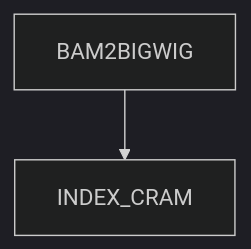
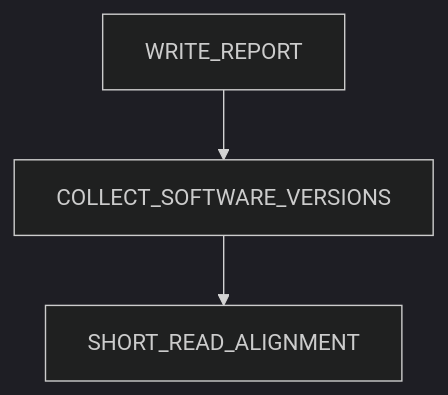
The diagram in docs/source/pipelines/short_read_alignment/workflows/main.md (Ensembl/ensembl-genes-metadata), drawn with Mermaid (dark theme) before and after one commit. The commit also changed other lines of this file and 55 other files, not shown here.

````diff
--- a/docs/source/pipelines/short_read_alignment/workflows/main.md
+++ b/docs/source/pipelines/short_read_alignment/workflows/main.md
@@ -65,7 +66,9 @@
 ```mermaid
 flowchart TD
 
-    BAM2BIGWIG[BAM2BIGWIG]
-    INDEX_CRAM[INDEX_CRAM]
-    BAM2BIGWIG --> INDEX_CRAM
+    WRITE_REPORT[WRITE_REPORT]
+    COLLECT_SOFTWARE_VERSIONS[COLLECT_SOFTWARE_VERSIONS]
+    WRITE_REPORT --> COLLECT_SOFTWARE_VERSIONS
+    SHORT_READ_ALIGNMENT[SHORT_READ_ALIGNMENT]
+    COLLECT_SOFTWARE_VERSIONS --> SHORT_READ_ALIGNMENT
 ```
````
